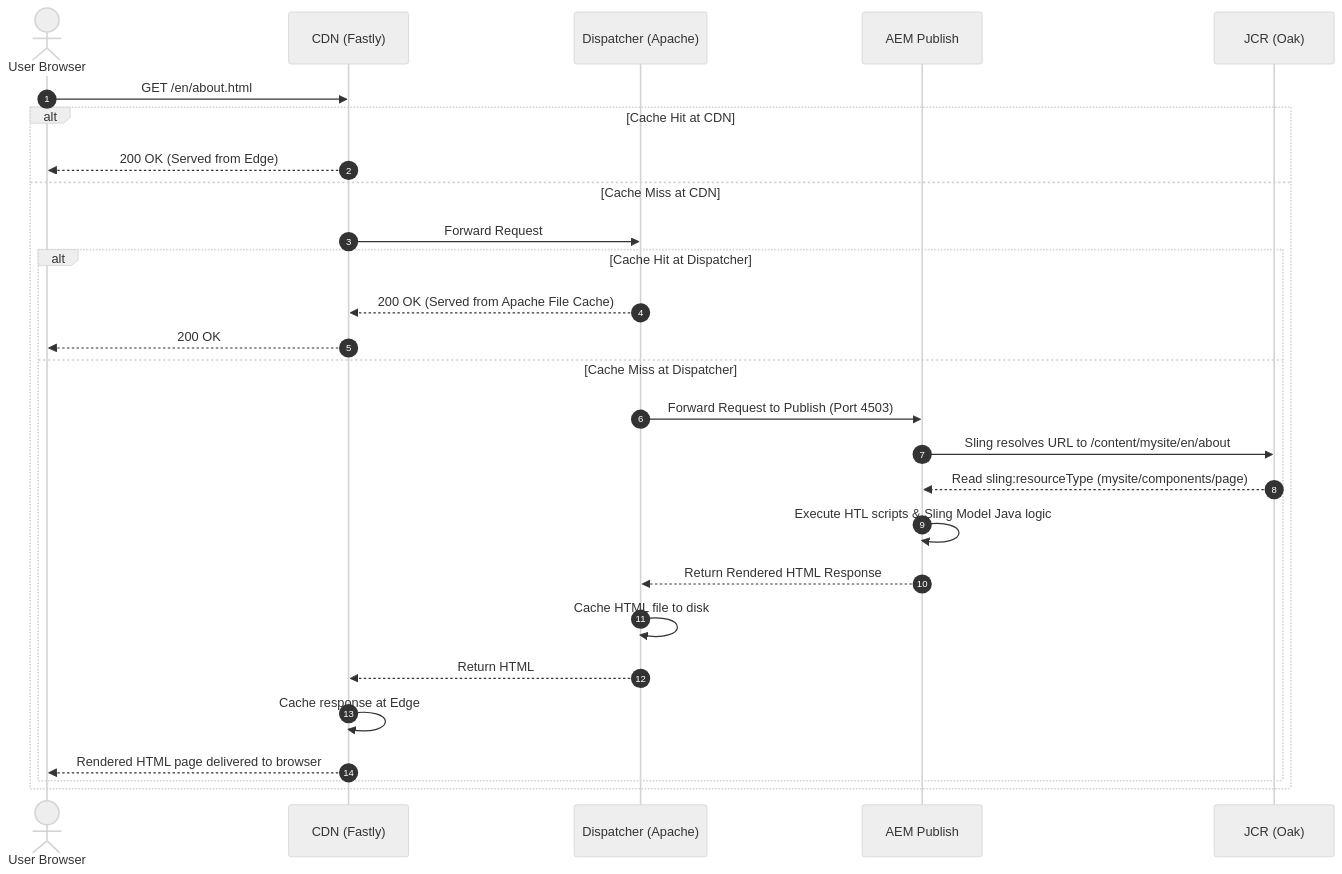
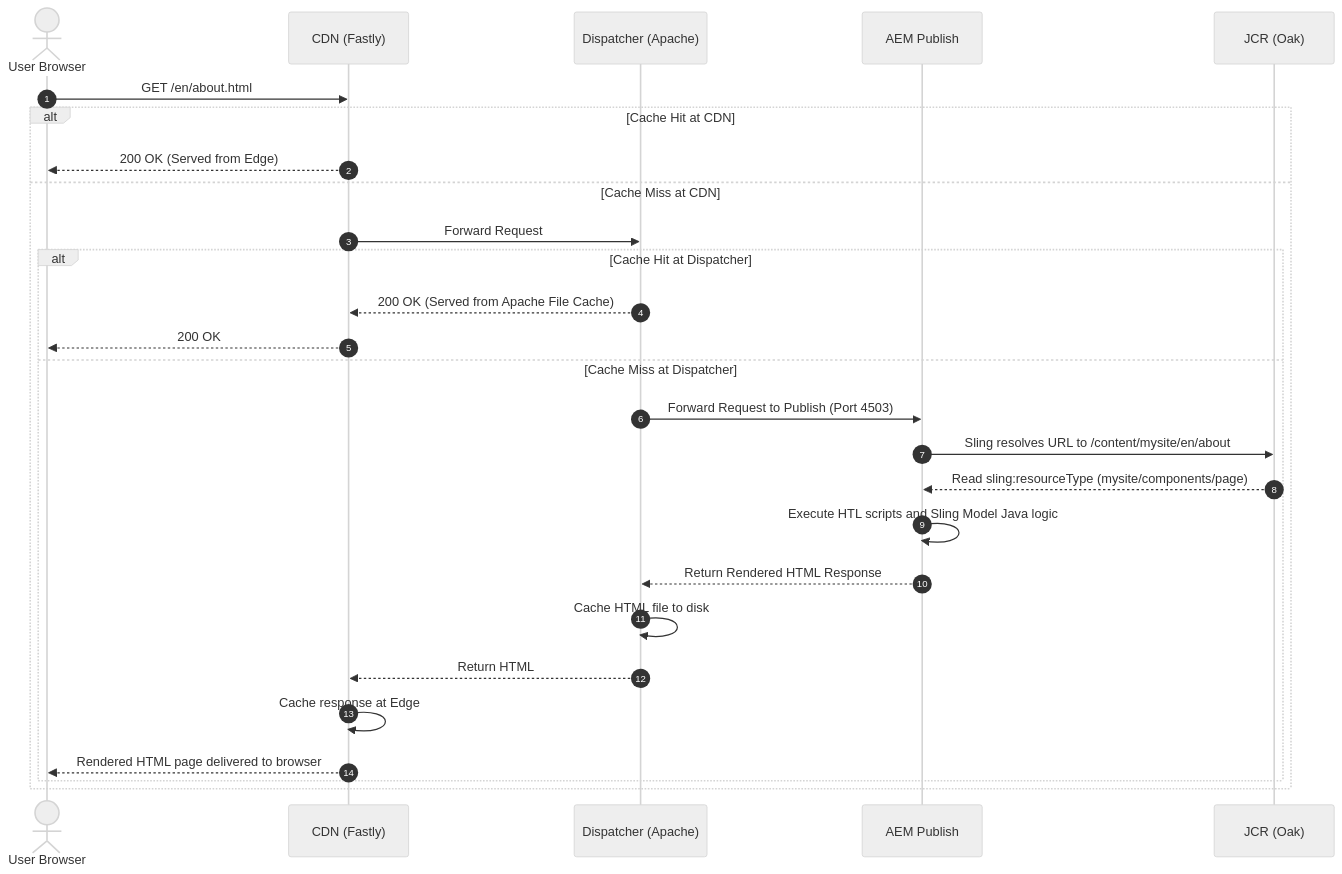
One commit to AyushShuklaAxeno/AEM-Notes- changed the second of 2 diagrams in Notes/Module-1(Intro-BigPicture).md. Above: the diagram before and after it, drawn with Mermaid (neutral theme). The commit also changed other lines of this file and 1 other file, not shown here.

````diff
--- a/Notes/Module-1(Intro-BigPicture).md
+++ b/Notes/Module-1(Intro-BigPicture).md
@@ -224,30 +224,30 @@
 ```mermaid
 sequenceDiagram
     autonumber
     actor User as User Browser
     participant CDN as CDN (Fastly)
     participant Disp as Dispatcher (Apache)
     participant Pub as AEM Publish
     participant Oak as JCR (Oak)
 
     User->>CDN: GET /en/about.html
     alt Cache Hit at CDN
         CDN-->>User: 200 OK (Served from Edge)
     else Cache Miss at CDN
         CDN->>Disp: Forward Request
         alt Cache Hit at Dispatcher
             Disp-->>CDN: 200 OK (Served from Apache File Cache)
             CDN-->>User: 200 OK
         else Cache Miss at Dispatcher
             Disp->>Pub: Forward Request to Publish (Port 4503)
             Pub->>Oak: Sling resolves URL to /content/mysite/en/about
             Oak-->>Pub: Read sling:resourceType (mysite/components/page)
-            Pub->>Pub: Execute HTL scripts & Sling Model Java logic
+            Pub->>Pub: Execute HTL scripts and Sling Model Java logic
             Pub-->>Disp: Return Rendered HTML Response
             Disp->>Disp: Cache HTML file to disk
             Disp-->>CDN: Return HTML
             CDN->>CDN: Cache response at Edge
             CDN-->>User: Rendered HTML page delivered to browser
         end
     end
 ```
````
